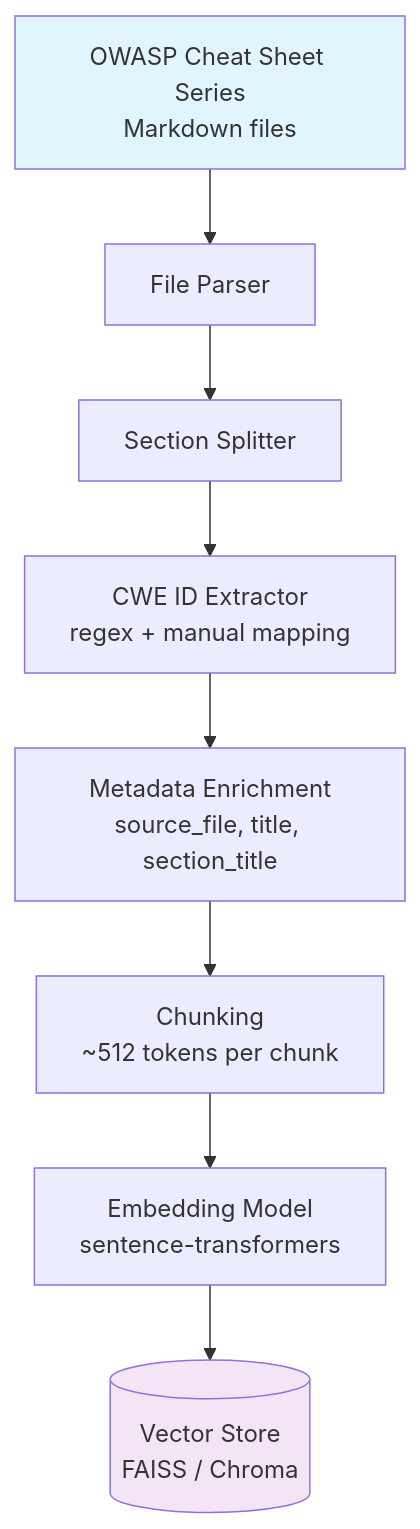
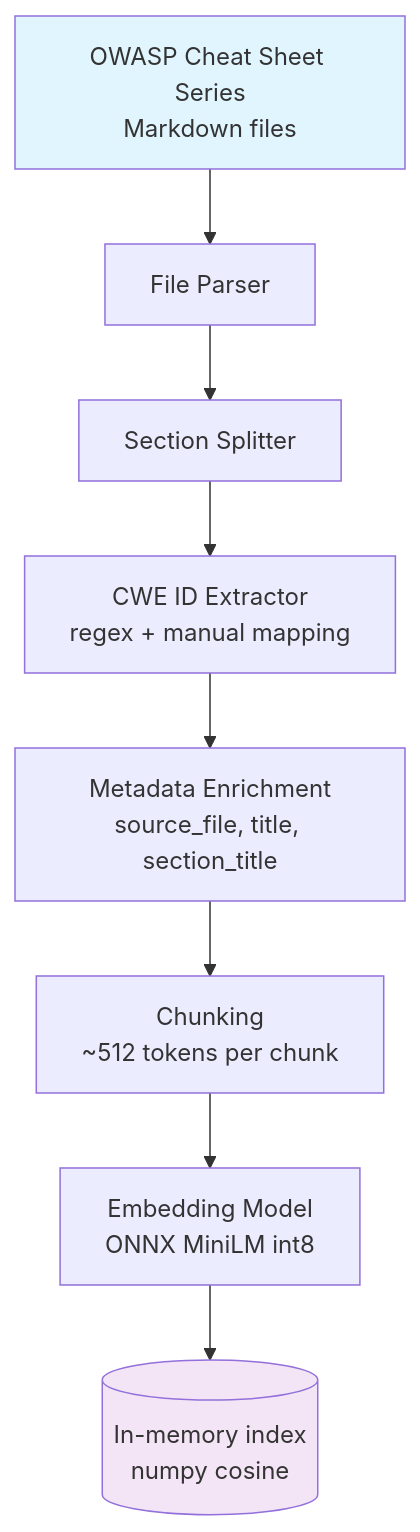
The third of 5 diagrams in README.md (HitenKatariya/CodeSecAudit), drawn with Mermaid before and after one commit. The commit also changed other lines of this file, not shown here.

````diff
--- a/README.md
+++ b/README.md
@@ -210,13 +231,13 @@
 ```mermaid
 flowchart TD
     A[OWASP Cheat Sheet Series<br/>Markdown files] --> B[File Parser]
     B --> C[Section Splitter]
     C --> D[CWE ID Extractor<br/>regex + manual mapping]
     D --> E[Metadata Enrichment<br/>source_file, title, section_title]
     E --> F[Chunking<br/>~512 tokens per chunk]
-    F --> G[Embedding Model<br/>sentence-transformers]
-    G --> H[(Vector Store<br/>FAISS / Chroma)]
+    F --> G[Embedding Model<br/>ONNX MiniLM int8]
+    G --> H[(In-memory index<br/>numpy cosine)]
     
     style A fill:#e1f5fe
     style H fill:#f3e5f5
 ```
````
